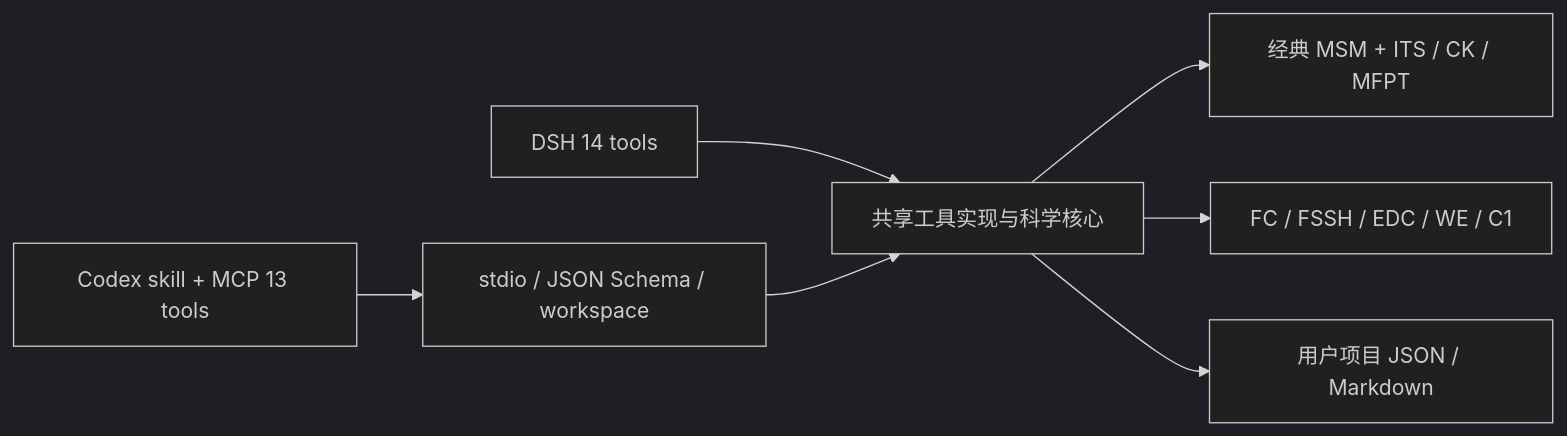
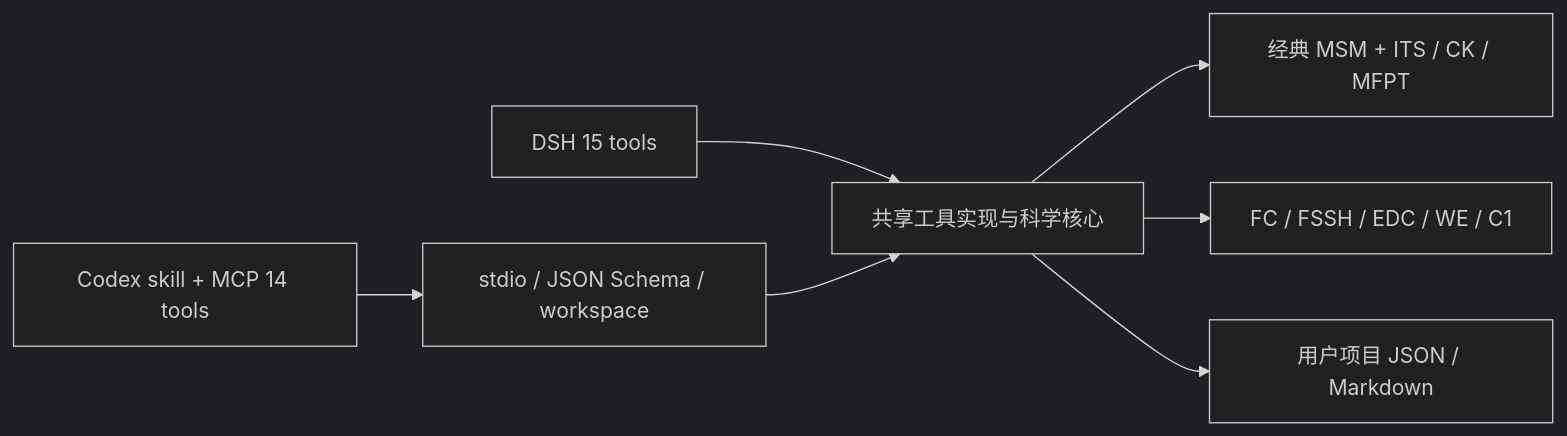
One commit to masterTHou/TH-MSM-DSH changed the diagram in docs/CODEX.md. Above: the diagram before and after it, drawn with Mermaid (dark theme). The commit also changed other lines of this file and 44 other files, not shown here.

````diff
--- a/docs/CODEX.md
+++ b/docs/CODEX.md
@@ -74,9 +74,9 @@
 ```mermaid
 flowchart LR
-  DSH[DSH 14 tools] --> CORE[共享工具实现与科学核心]
-  CODEX[Codex skill + MCP 13 tools] --> ADAPTER[stdio / JSON Schema / workspace]
+  DSH[DSH 15 tools] --> CORE[共享工具实现与科学核心]
+  CODEX[Codex skill + MCP 14 tools] --> ADAPTER[stdio / JSON Schema / workspace]
   ADAPTER --> CORE
   CORE --> MSM[经典 MSM + ITS / CK / MFPT]
   CORE --> C1[FC / FSSH / EDC / WE / C1]
   CORE --> FILES[用户项目 JSON / Markdown]
 ```
````
